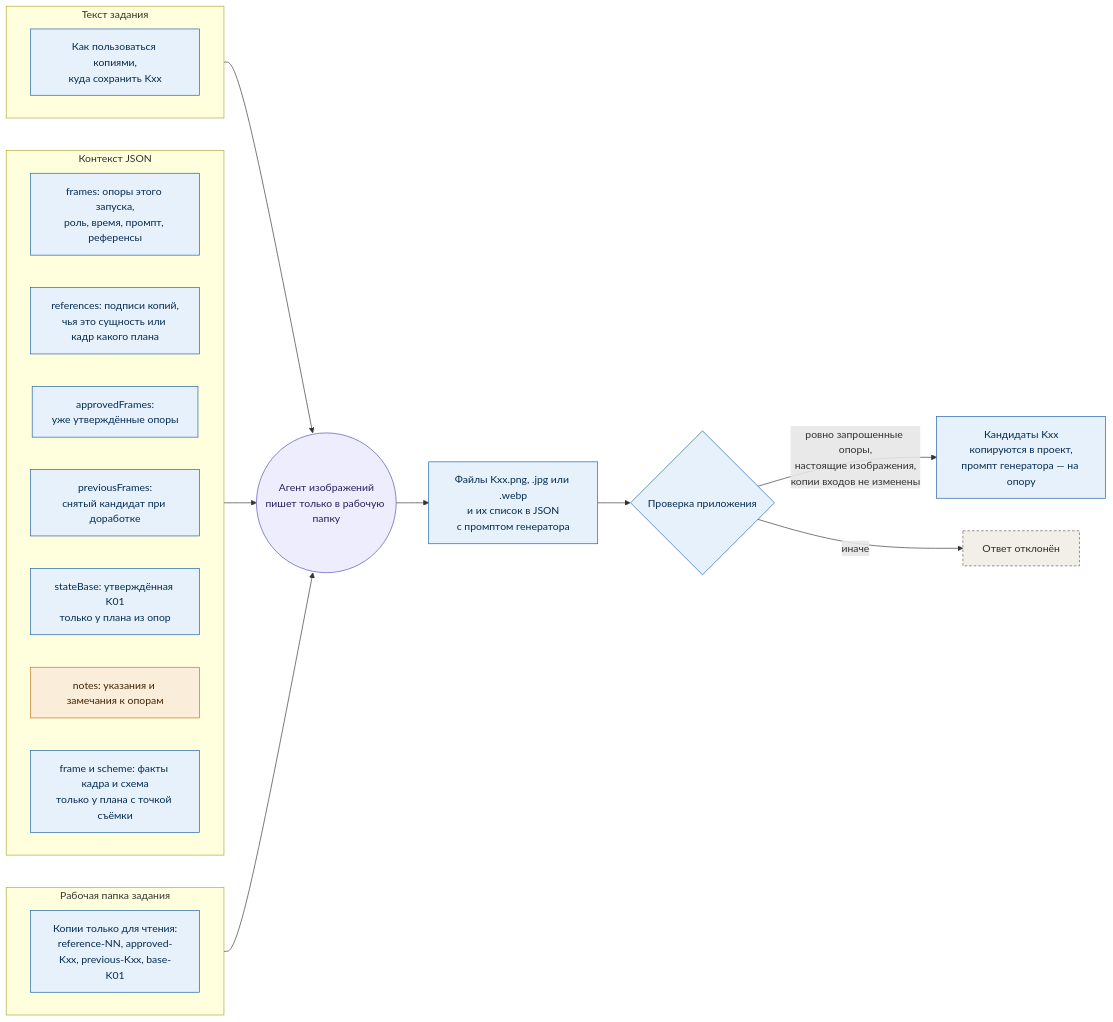
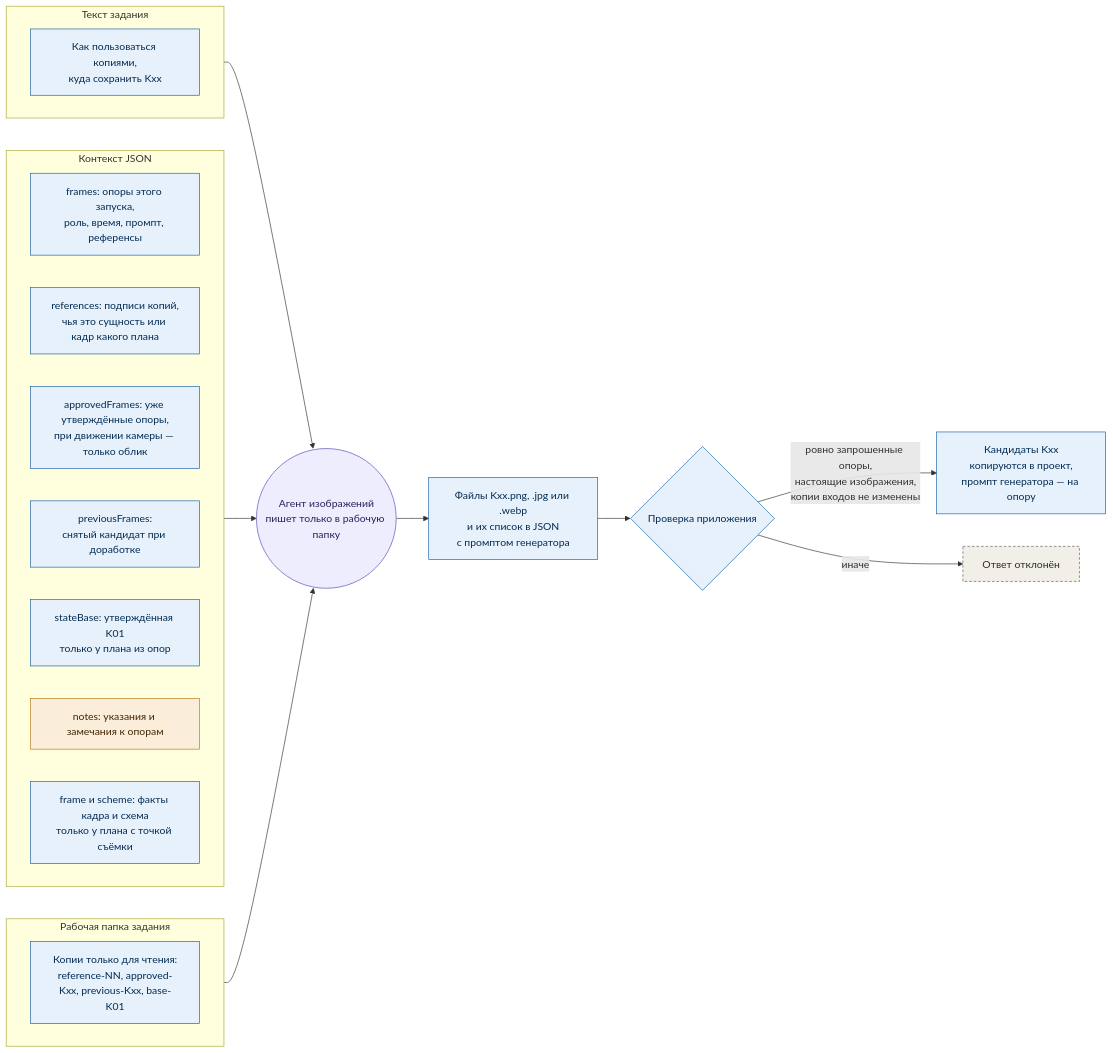
The eighth of 10 diagrams in docs/production-map.md (ai-animation-tools/songframe), drawn with Mermaid before and after one commit. The commit also changed 10 other files, not shown here.

First line of the commit message:
Опоры при движущейся камере: утверждённые — только облик, фон с новой точки

````diff
--- a/docs/production-map.md
+++ b/docs/production-map.md
@@ -324,38 +324,38 @@
 ```mermaid
 flowchart LR
   subgraph task["Текст задания"]
     direction LR
     howto["Как пользоваться копиями,<br/>куда сохранить Kxx"]
   end
   subgraph context["Контекст JSON"]
     direction LR
     list["frames: опоры этого запуска,<br/>роль, время, промпт, референсы"]
     refs["references: подписи копий,<br/>чья это сущность или кадр какого плана"]
-    approved["approvedFrames:<br/>уже утверждённые опоры"]
+    approved["approvedFrames: уже утверждённые опоры,<br/>при движении камеры — только облик"]
     previous["previousFrames:<br/>снятый кандидат при доработке"]
     base["stateBase: утверждённая K01<br/>только у плана из опор"]
     notes["notes: указания и замечания к опорам"]
     layout["frame и scheme: факты кадра и схема<br/>только у плана с точкой съёмки"]
   end
   subgraph work["Рабочая папка задания"]
     direction LR
     copies["Копии только для чтения:<br/>reference-NN, approved-Kxx, previous-Kxx, base-K01"]
   end
   task --> agent(("Агент изображений<br/>пишет только в рабочую папку"))
   context --> agent
   work --> agent
   agent --> files["Файлы Kxx.png, .jpg или .webp<br/>и их список в JSON<br/>с промптом генератора"]
   files --> check{"Проверка приложения"}
   check -- "ровно запрошенные опоры,<br/>настоящие изображения,<br/>копии входов не изменены" --> candidate["Кандидаты Kxx<br/>копируются в проект,<br/>промпт генератора — на опору"]
   check -- "иначе" --> rejected["Ответ отклонён"]
 
   class howto,list,refs,approved,previous,base,layout,copies app
   class notes user
   class agent agent
   class files,check,candidate app
   class rejected bad
   classDef user fill:#FAEEDA,stroke:#BA7517,color:#412402
   classDef agent fill:#EEEDFE,stroke:#534AB7,color:#26215C
   classDef app fill:#E6F1FB,stroke:#185FA5,color:#042C53
   classDef bad fill:#F1EFE8,stroke:#5F5E5A,color:#2C2C2A,stroke-dasharray:4 3
 ```
````
